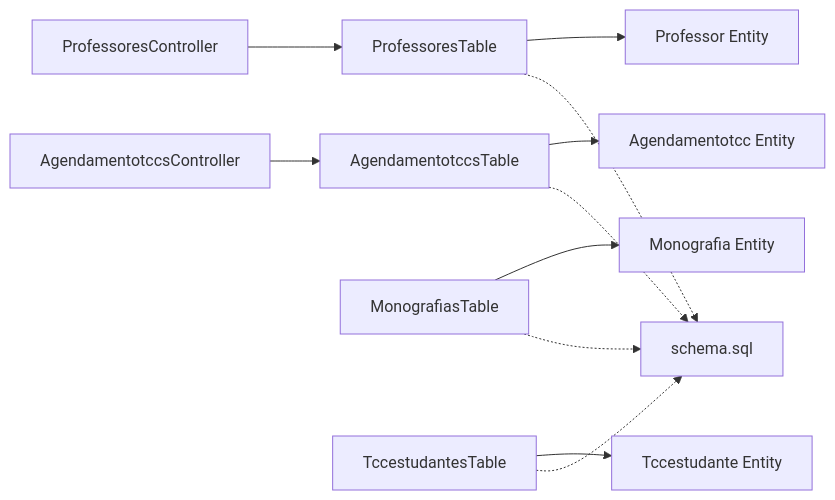
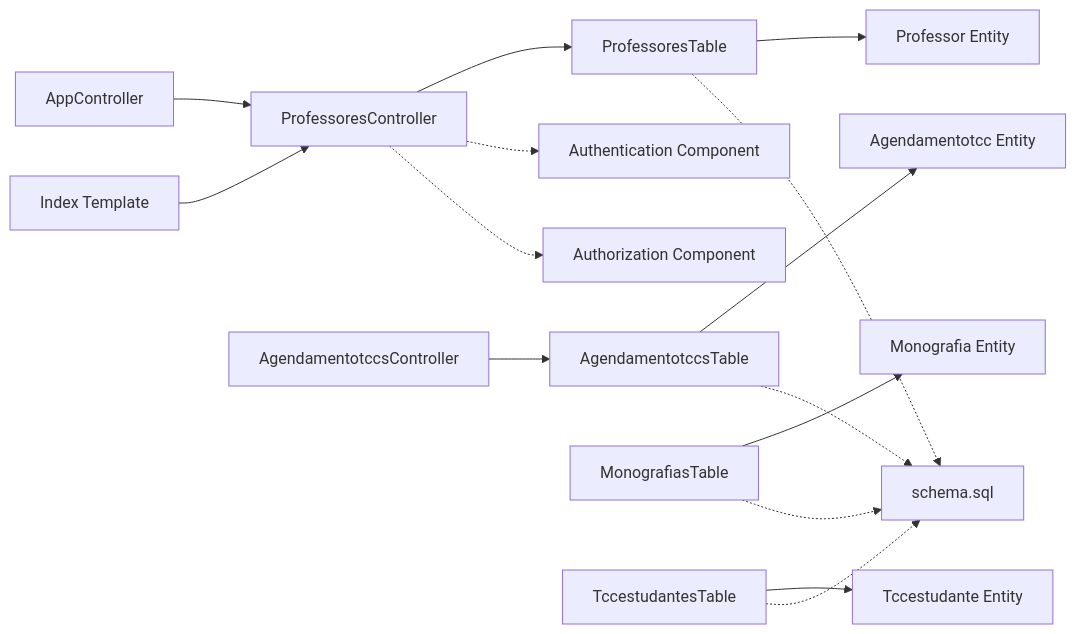
One commit to luiseduacosta/tcc4 changed the seventh of 7 diagrams in .qoder/repowiki/en/content/Professor and Supervisor Management.md. Above: the diagram before and after it, drawn with Mermaid. The commit also changed other lines of this file and 5 other files, not shown here.

````diff
--- a/.qoder/repowiki/en/content/Professor and Supervisor Management.md
+++ b/.qoder/repowiki/en/content/Professor and Supervisor Management.md
@@ -367,13 +464,17 @@
 ```mermaid
 graph LR
 PC["ProfessoresController"] --> PT["ProfessoresTable"]
 AC["AgendamentotccsController"] --> AT["AgendamentotccsTable"]
+APP["AppController"] --> PC
+TI["Index Template"] --> PC
+PC -.-> AUTH["Authentication Component"]
+PC -.-> AUTHZ["Authorization Component"]
 PT --> P["Professor Entity"]
 AT --> A["Agendamentotcc Entity"]
 MT["MonografiasTable"] --> M["Monografia Entity"]
 TT["TccestudantesTable"] --> T["Tccestudante Entity"]
 PT -.-> S["schema.sql"]
 MT -.-> S
 TT -.-> S
 AT -.-> S
 ```
````
